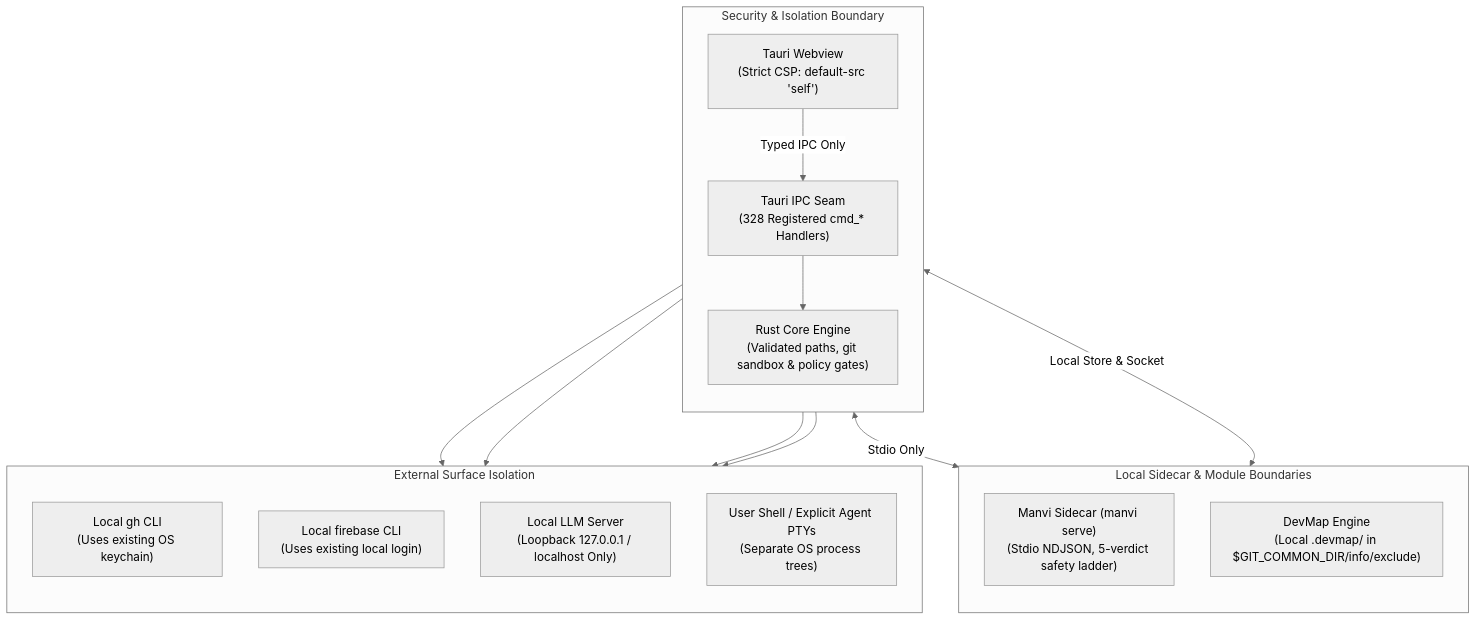
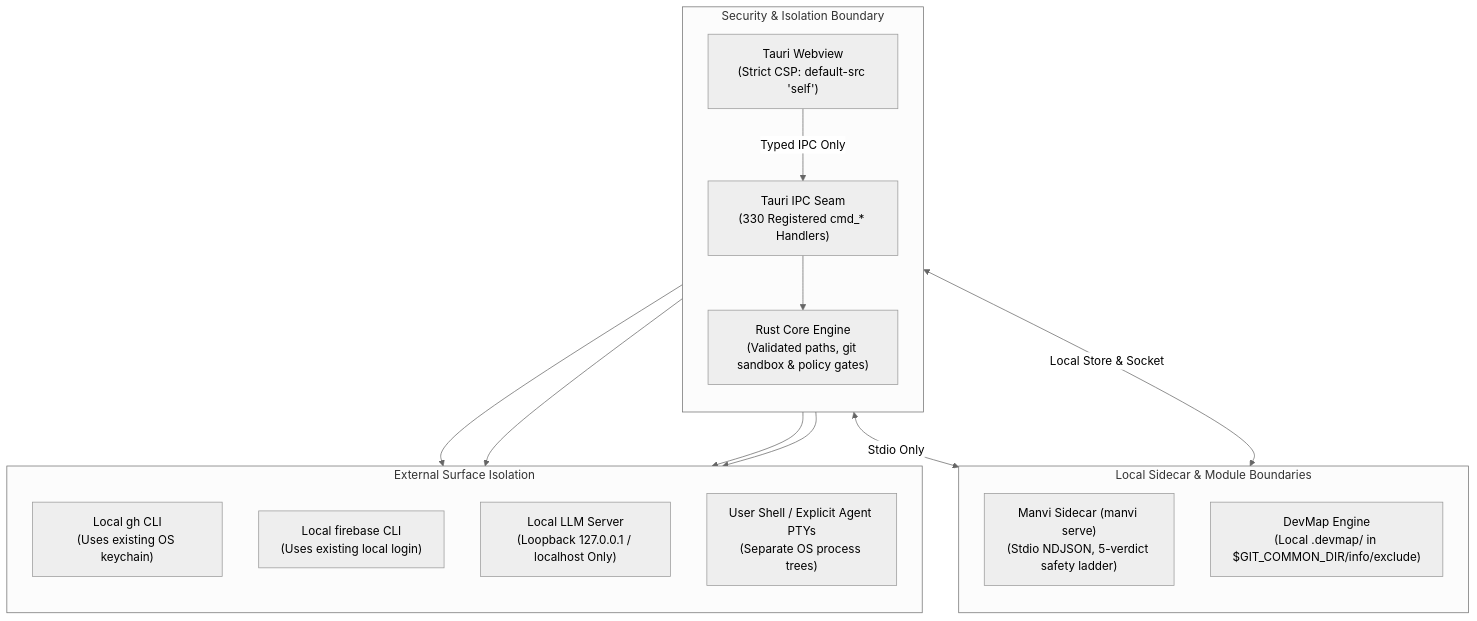
Before and after one commit to bharathvbcr/GitPulse: the diagram in docs/SECURITY.md, drawn with Mermaid (neutral theme). The commit also changed 18 other files, not shown here.

````diff
--- a/docs/SECURITY.md
+++ b/docs/SECURITY.md
@@ -12,33 +12,33 @@
 ```mermaid
 flowchart TD
     subgraph Boundary["Security & Isolation Boundary"]
         direction TB
         Webview["Tauri Webview<br/>(Strict CSP: default-src 'self')"]
-        IPCBoundary["Tauri IPC Seam<br/>(328 Registered cmd_* Handlers)"]
+        IPCBoundary["Tauri IPC Seam<br/>(330 Registered cmd_* Handlers)"]
         LocalEngine["Rust Core Engine<br/>(Validated paths, git sandbox & policy gates)"]
         
         Webview -->|Typed IPC Only| IPCBoundary
         IPCBoundary --> LocalEngine
     end
 
     subgraph SidecarIsolation["Local Sidecar & Module Boundaries"]
         direction TB
         ManviSidecar["Manvi Sidecar (manvi serve)<br/>(Stdio NDJSON, 5-verdict safety ladder)"]
         DevMapGate["DevMap Engine<br/>(Local .devmap/ in $GIT_COMMON_DIR/info/exclude)"]
     end
 
     subgraph ExternalSurfaces["External Surface Isolation"]
         direction TB
         LocalGH["Local gh CLI<br/>(Uses existing OS keychain)"]
         LocalFB["Local firebase CLI<br/>(Uses existing local login)"]
         LocalAI["Local LLM Server<br/>(Loopback 127.0.0.1 / localhost Only)"]
         PTY["User Shell / Explicit Agent PTYs<br/>(Separate OS process trees)"]
     end
 
     LocalEngine <-->|Stdio Only| ManviSidecar
     LocalEngine <-->|Local Store & Socket| DevMapGate
     LocalEngine --> LocalGH
     LocalEngine --> LocalFB
     LocalEngine --> LocalAI
     LocalEngine --> PTY
 ```
````
